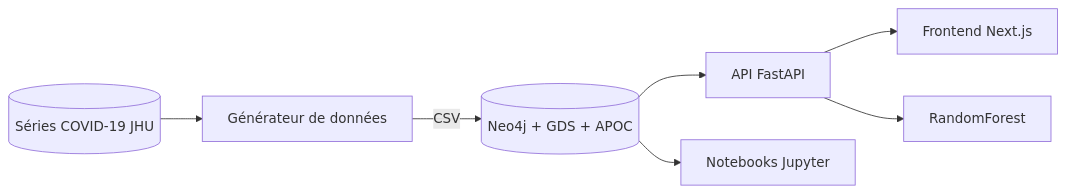
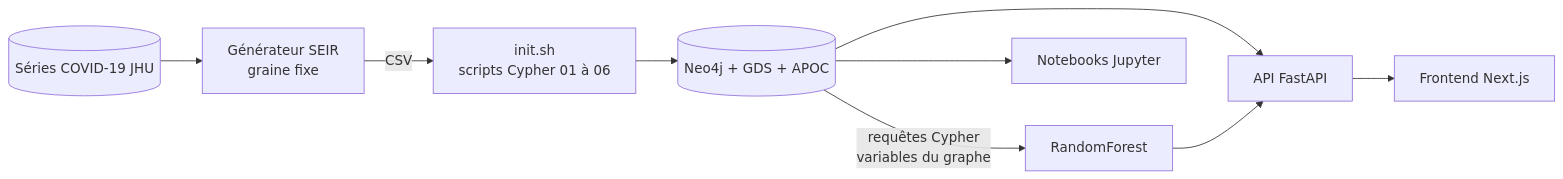
One commit to Jean-Paul15/epigraph changed the diagram in README.md. Above: the diagram before and after it, drawn with Mermaid. The commit also changed other lines of this file, not shown here.

````diff
--- a/README.md
+++ b/README.md
@@ -22,9 +35,11 @@
 ```mermaid
 flowchart LR
-    JHU[(Séries COVID-19 JHU)] --> GEN[Générateur de données]
-    GEN -->|CSV| N4J[(Neo4j + GDS + APOC)]
+    JHU[(Séries COVID-19 JHU)] --> GEN[Générateur SEIR<br/>graine fixe]
+    GEN -->|CSV| INIT[init.sh<br/>scripts Cypher 01 à 06]
+    INIT --> N4J[(Neo4j + GDS + APOC)]
     N4J --> API[API FastAPI]
     API --> WEB[Frontend Next.js]
-    API --> ML[RandomForest]
+    N4J -->|requêtes Cypher<br/>variables du graphe| ML[RandomForest]
+    ML --> API
     N4J --> NB[Notebooks Jupyter]
 ```
````
